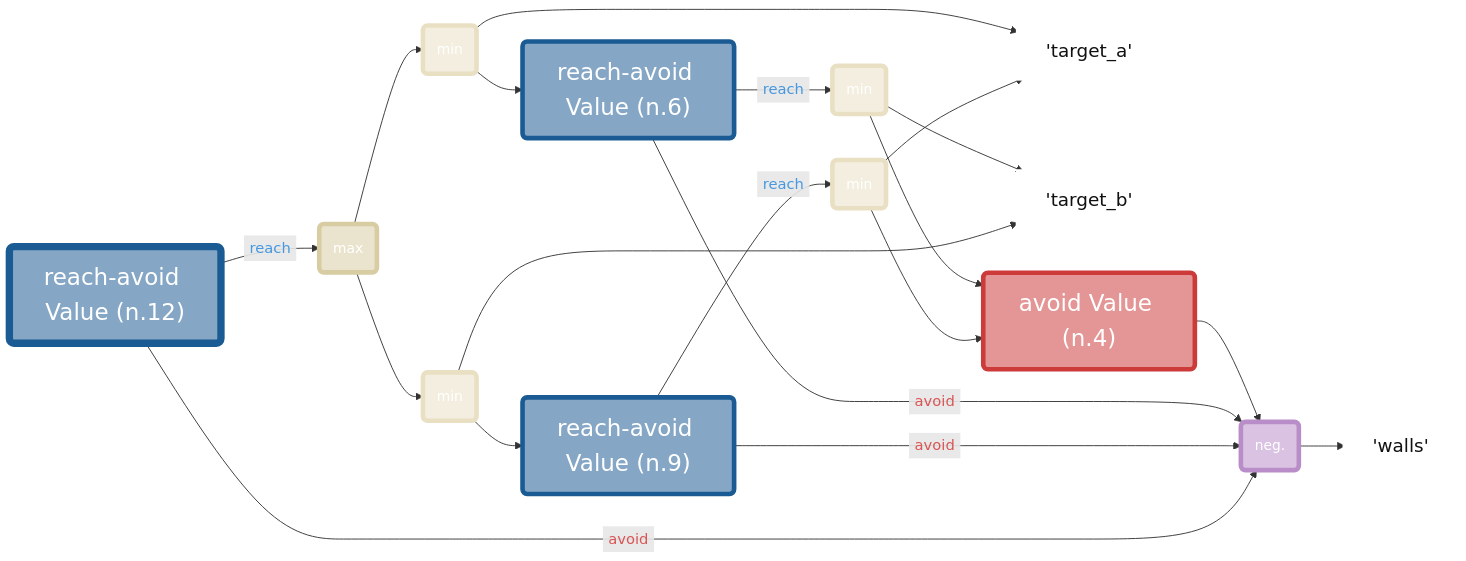
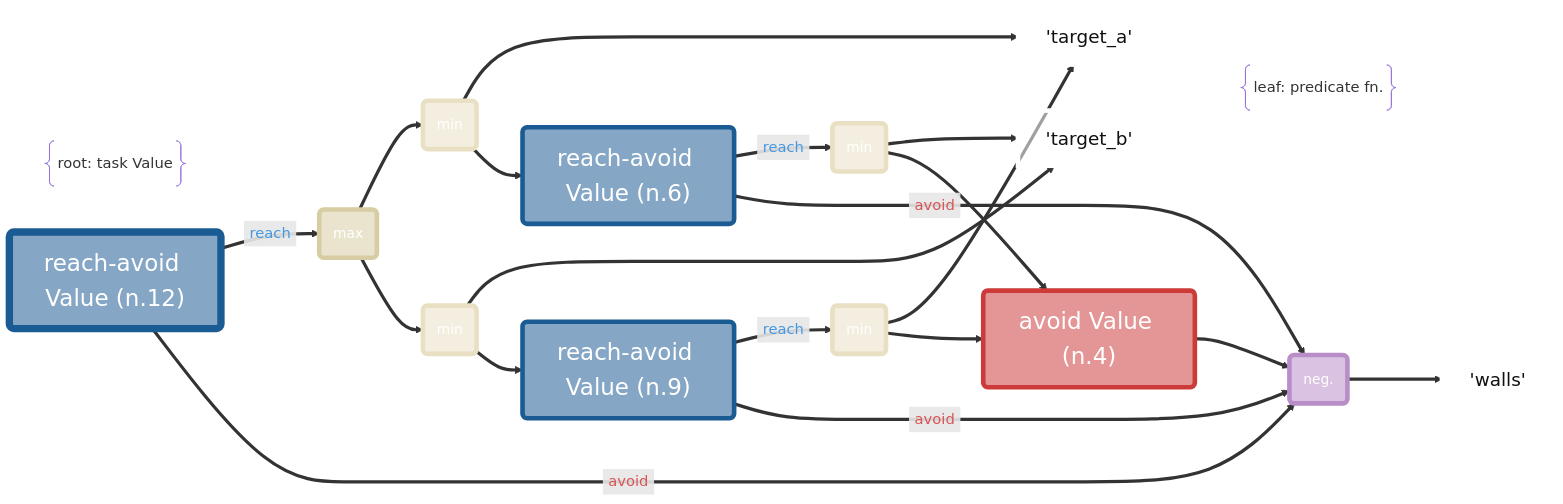
The diagram in value_tree_dag.mmd (willsharpless/valtr), drawn with Mermaid before and after one commit. The commit also changed 3 other files, not shown here.

Commit message:
small mermaid changes

```diff
--- a/value_tree_dag.mmd
+++ b/value_tree_dag.mmd
@@ -1,57 +1,61 @@
 %%{init: {"theme":"base","htmlLabels":true,"flowchart":{"padding":8},"themeVariables":{"background":"#FFFFFF00","fontFamily":"JetBrains Mono, Roboto Mono, Menlo, Consolas, monospace","edgeLabelBackground":"#FFFFFF","lineColor":"#2c3e50","defaultLinkColor":"#2c3e50"},"themeCSS":".edgeLabel rect { fill: #FFFFFF !important; stroke: #2c3e50 !important; stroke-width: 1px !important; rx: 999px; ry: 999px; } .edgeLabel span, .edgeLabel p { background: transparent !important; } .edgeLabel foreignObject { background: transparent !important; } .labelBkg { fill: #FFFFFF !important; } .flowchart-link, .edgePath path, .edge-thickness-normal, .edge-thickness-thick { stroke: #2c3e50 !important; stroke-width: 2.25px !important; fill: none !important; } .arrowheadPath { stroke: #2c3e50 !important; stroke-width: 2.25px !important; fill: #2c3e50 !important; } svg { background-color: transparent; }"}%%
 flowchart LR
+    n14@{ shape: braces, label: "root: task Value" }
     n0@{ shape: rectangle, label: "'target_a'" }
     n1@{ shape: rectangle, label: "'target_b'" }
     n2@{ shape: rectangle, label: "'walls'" }
     n3@{ shape: rounded, label: "neg." }
     n4@{ shape: rounded, label: "avoid Value (n.4)" }
     n5@{ shape: rounded, label: "min" }
     n6@{ shape: rounded, label: "reach-avoid Value (n.6)" }
     n7@{ shape: rounded, label: "min" }
     n8@{ shape: rounded, label: "min" }
     n9@{ shape: rounded, label: "reach-avoid Value (n.9)" }
     n10@{ shape: rounded, label: "min" }
     n11@{ shape: rounded, label: "max" }
     n12@{ shape: rounded, label: "reach-avoid Value (n.12)" }
-    n3 --> n2
-    n4 --> n3
-    n5 --> n1
-    n5 --> n4
-    n6 -->|<span style="display:inline-block;padding:2px 6px;border-radius:999px;background:#FFFFFFF5;border:1px solid #86AECBF5;color:#4698E0 !important;opacity:1;">reach</span>| n5
-    n6 -->|<span style="display:inline-block;padding:2px 6px;border-radius:999px;background:#F7DDDDF5;border:1px solid #D99898F5;color:#D95454 !important;opacity:1;">avoid</span>| n3
-    n7 --> n0
-    n7 --> n6
-    n8 --> n0
-    n8 --> n4
-    n9 -->|<span style="display:inline-block;padding:2px 6px;border-radius:999px;background:#FFFFFFF5;border:1px solid #86AECBF5;color:#4698E0 !important;opacity:1;">reach</span>| n8
-    n9 -->|<span style="display:inline-block;padding:2px 6px;border-radius:999px;background:#F7DDDDF5;border:1px solid #D99898F5;color:#D95454 !important;opacity:1;">avoid</span>| n3
-    n10 --> n1
-    n10 --> n9
-    n11 --> n7
-    n11 --> n10
-    n12 -->|<span style="display:inline-block;padding:2px 6px;border-radius:999px;background:#FFFFFFF5;border:1px solid #86AECBF5;color:#4698E0 !important;opacity:1;">reach</span>| n11
-    n12 -->|<span style="display:inline-block;padding:2px 6px;border-radius:999px;background:#F7DDDDF5;border:1px solid #D99898F5;color:#D95454 !important;opacity:1;">avoid</span>| n3
+    n15@{ shape: braces, label: "leaf: predicate fn." }
+    n3 ==> n2
+    n4 ==> n3
+    n5 ==> n1
+    n5 ==> n4
+    n6 ==>|<span style="display:inline-block;padding:2px 6px;border-radius:999px;background:#FFFFFFF5;border:1px solid #86AECBF5;color:#4698E0 !important;opacity:1;">reach</span>| n5
+    n6 ==>|<span style="display:inline-block;padding:2px 6px;border-radius:999px;background:#F7DDDDF5;border:1px solid #D99898F5;color:#D95454 !important;opacity:1;">avoid</span>| n3
+    n7 ==> n0
+    n7 ==> n6
+    n8 ==> n0
+    n8 ==> n4
+    n9 ==>|<span style="display:inline-block;padding:2px 6px;border-radius:999px;background:#FFFFFFF5;border:1px solid #86AECBF5;color:#4698E0 !important;opacity:1;">reach</span>| n8
+    n9 ==>|<span style="display:inline-block;padding:2px 6px;border-radius:999px;background:#F7DDDDF5;border:1px solid #D99898F5;color:#D95454 !important;opacity:1;">avoid</span>| n3
+    n10 ==> n1
+    n10 ==> n9
+    n11 ==> n7
+    n11 ==> n10
+    n12 ==>|<span style="display:inline-block;padding:2px 6px;border-radius:999px;background:#FFFFFFF5;border:1px solid #86AECBF5;color:#4698E0 !important;opacity:1;">reach</span>| n11
+    n12 ==>|<span style="display:inline-block;padding:2px 6px;border-radius:999px;background:#F7DDDDF5;border:1px solid #D99898F5;color:#D95454 !important;opacity:1;">avoid</span>| n3
+    n0 ~~~ n15
+    n1 ~~~ n15
     class n0 var;
     class n1 var;
     class n2 var;
     class n3 negate;
     class n4 avoid;
     class n5 min;
     class n6 reachavoid;
     class n7 min;
     class n8 min;
     class n9 reachavoid;
     class n10 min;
     class n11 max;
     class n12 reachavoid;
     classDef const fill:#95a5a688,stroke:#95a5a6,color:#111111,stroke-width:5px,font-size:25px;
     classDef var fill:#FFFFFF88,stroke:#FFFFFF,color:#111111,stroke-width:5px,font-size:20px;
     classDef min fill:#E9E0C488,stroke:#E9E0C4,color:#FFFFFF,stroke-width:5px,font-size:15px;
     classDef max fill:#D8CCA388,stroke:#D8CCA3,color:#FFFFFF,stroke-width:5px,font-size:15px;
     classDef reachavoid fill:#1B5B9388,stroke:#1B5B93,color:#FFFFFF,stroke-width:5px,font-size:25px;
     classDef avoid fill:#CD3A3A88,stroke:#CD3A3A,color:#FFFFFF,stroke-width:5px,font-size:25px;
     classDef reach fill:#1B5B9388,stroke:#1B5B93,color:#FFFFFF,stroke-width:5px,font-size:25px;
     classDef gu fill:#3AA65588,stroke:#3AA655,color:#111111,stroke-width:5px,font-size:25px;
     classDef gumin fill:#3AA65588,stroke:#3AA655,color:#111111,stroke-width:5px,font-size:25px;
     classDef negate fill:#B98EC888,stroke:#B98EC8,color:#FFFFFF,stroke-width:5px,font-size:15px;
     style n12 stroke:#1B5B93,stroke-width:8px;
```
